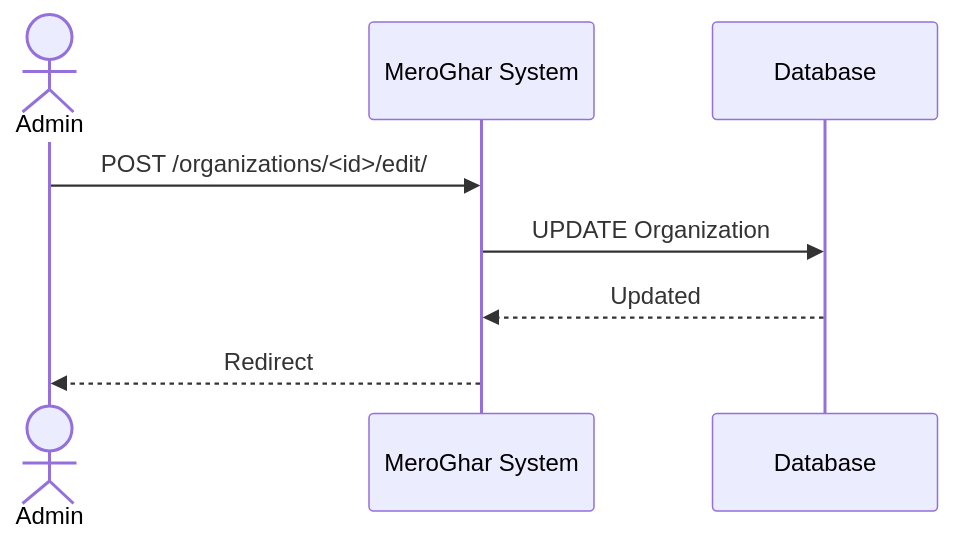
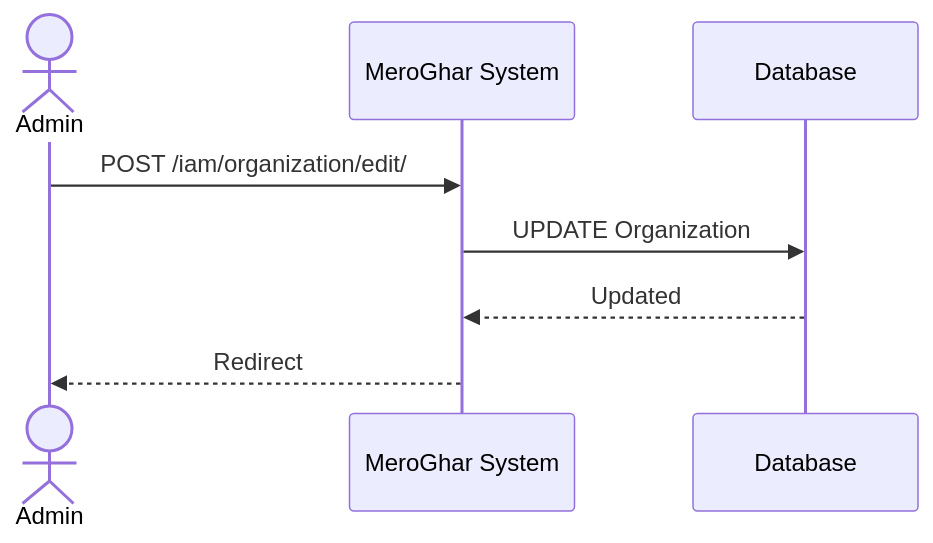
One commit to 0Ankit0/meroghar changed the fourth of 4 diagrams in docs/workflows/organization.md. Above: the diagram before and after it, drawn with Mermaid. The commit also changed other lines of this file and 10 other files, not shown here.

````diff
--- a/docs/workflows/organization.md
+++ b/docs/workflows/organization.md
@@ -79,11 +79,11 @@
 ```mermaid
 sequenceDiagram
     actor User as Admin
     participant System as MeroGhar System
     participant DB as Database
 
-    User->>System: POST /organizations/<id>/edit/
+    User->>System: POST /iam/organization/edit/
     System->>DB: UPDATE Organization
     DB-->>System: Updated
     System-->>User: Redirect
 ```
````
